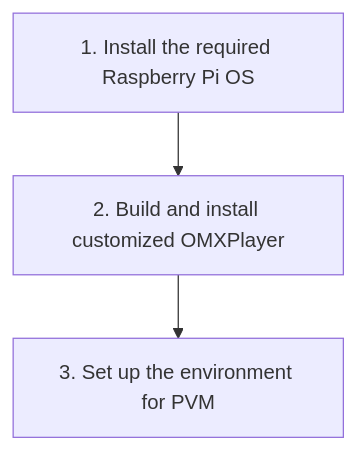
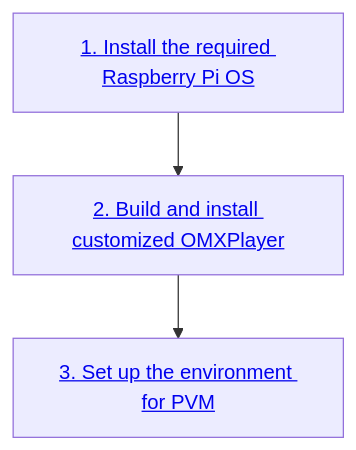
Before and after one commit to omarcostahamido/PVM: the diagram in README.md, drawn with Mermaid.

Commit message:
Add hyperlink in mermaid

````diff
--- a/README.md
+++ b/README.md
@@ -14,6 +14,6 @@
 ```mermaid
 graph TD;
-A[1. Install the required Raspberry Pi OS] --> B;
-B[2. Build and install customized OMXPlayer] --> C;
-C[3. Set up the environment for PVM]
+A[<a href='#install-the-required-raspberry-pi-os'>1. Install the required Raspberry Pi OS</a>] --> B;
+B[<a href='#build-and-install-customized-omxplayer'>2. Build and install customized OMXPlayer</a>] --> C;
+C[<a href='#set-up-the-environment-for-pvm'>3. Set up the environment for PVM</a>]
 ```
````
